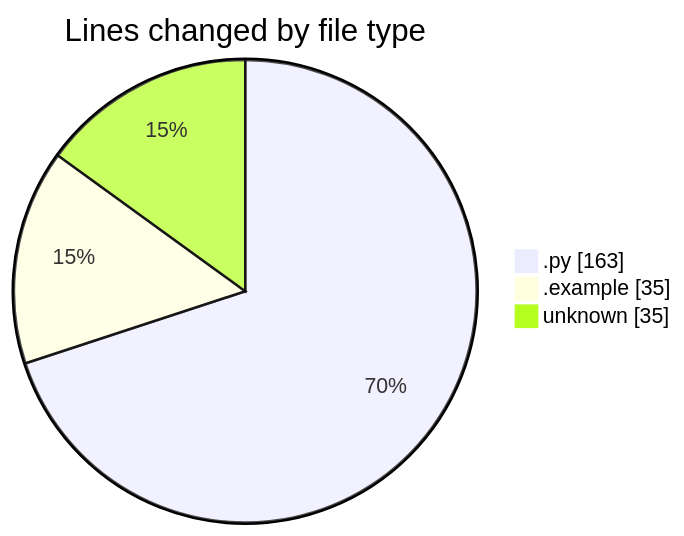
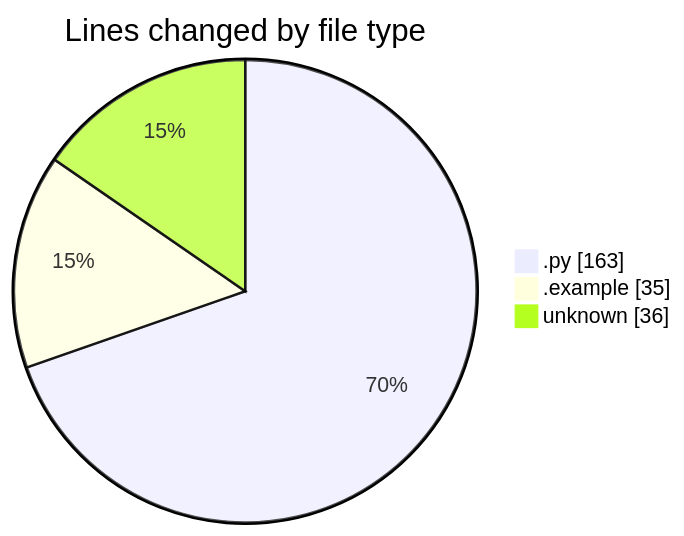
Before and after one commit to donsfak/code-tracking: the first of 2 diagrams in 2026-10-01/kouma_backend/README.md, drawn with Mermaid. The commit also changed other lines of this file and 1 other file, not shown here.

````diff
--- a/2026-10-01/kouma_backend/README.md
+++ b/2026-10-01/kouma_backend/README.md
@@ -22,7 +22,7 @@
 ```mermaid
 pie showData
 title Lines changed by file type
 ".py" : 163
 ".example" : 35
-"unknown" : 35
+"unknown" : 36
 ```
````
